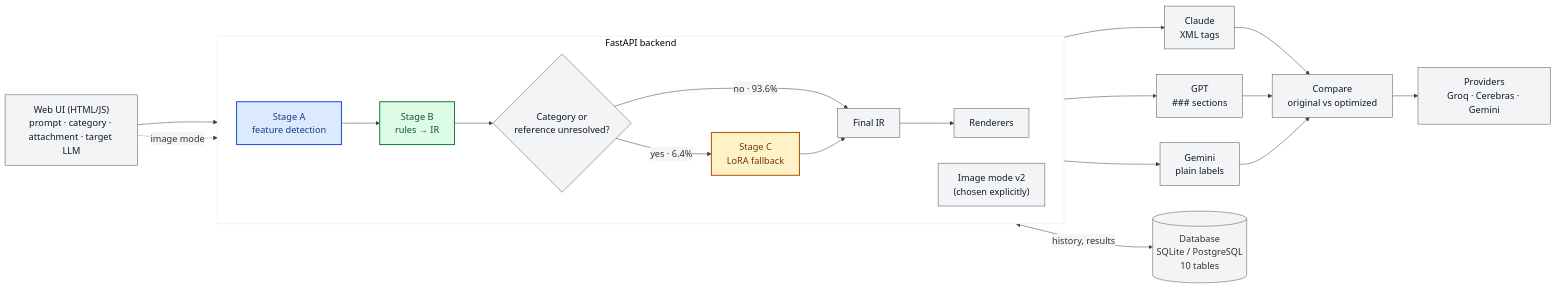
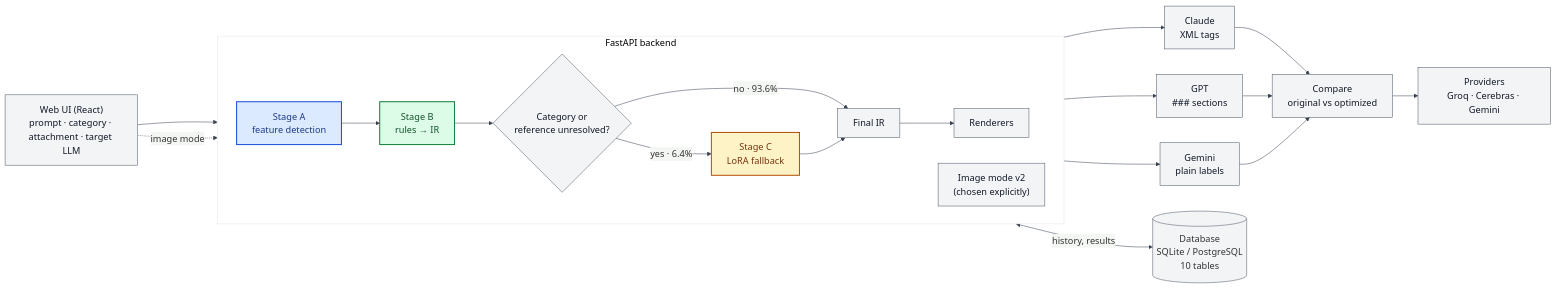
The first of 8 diagrams in README.md (piush365/PromptOpt), drawn with Mermaid before and after one commit. The commit also changed other lines of this file and 90 other files, not shown here.

First line of the commit message:
UI v2: React + TypeScript web app (Optimize, Compare, Test suite, Results, How it works, History, Image mode, Status)

````diff
--- a/README.md
+++ b/README.md
@@ -27,36 +27,36 @@
 ```mermaid
 %%{init: {"theme": "base", "themeVariables": {"fontSize": "18px", "fontFamily": "Arial, Helvetica, sans-serif", "primaryColor": "#f3f4f6", "primaryBorderColor": "#4b5563", "lineColor": "#374151", "textColor": "#111827"}}}%%
 flowchart LR
-  UI["Web UI (HTML/JS)<br/>prompt · category · attachment · target LLM"]
+  UI["Web UI (React)<br/>prompt · category · attachment · target LLM"]
   subgraph API["FastAPI backend"]
     direction LR
     A["Stage A<br/>feature detection"]
     B["Stage B<br/>rules → IR"]
     R{"Category or<br/>reference unresolved?"}
     C["Stage C<br/>LoRA fallback"]
     IR["Final IR"]
     REN["Renderers"]
     IMG["Image mode v2<br/>(chosen explicitly)"]
     A --> B --> R
     R -- "no · 93.6%" --> IR
     R -- "yes · 6.4%" --> C --> IR
     IR --> REN
   end
   UI --> A
   UI -. "image mode" .-> IMG
   REN --> CL["Claude<br/>XML tags"]
   REN --> GP["GPT<br/>### sections"]
   REN --> GE["Gemini<br/>plain labels"]
   CL & GP & GE --> CMP["Compare<br/>original vs optimized"]
   CMP --> PROV["Providers<br/>Groq · Cerebras · Gemini"]
   API <-- "history, results" --> DB[("Database<br/>SQLite / PostgreSQL<br/>10 tables")]
   classDef stageA fill:#dbeafe,stroke:#1d4ed8,stroke-width:2px,color:#1e3a8a
   classDef stageB fill:#dcfce7,stroke:#15803d,stroke-width:2px,color:#14532d
   classDef stageC fill:#fef3c7,stroke:#b45309,stroke-width:2px,color:#78350f
   classDef neutral fill:#f3f4f6,stroke:#4b5563,stroke-width:1px,color:#111827
   classDef result fill:#ffffff,stroke:#111827,stroke-width:2px,color:#111827
   class A stageA
   class B stageB
   class C stageC
   class R,IR,REN,IMG,CL,GP,GE,CMP,PROV,UI neutral
 ```
````
